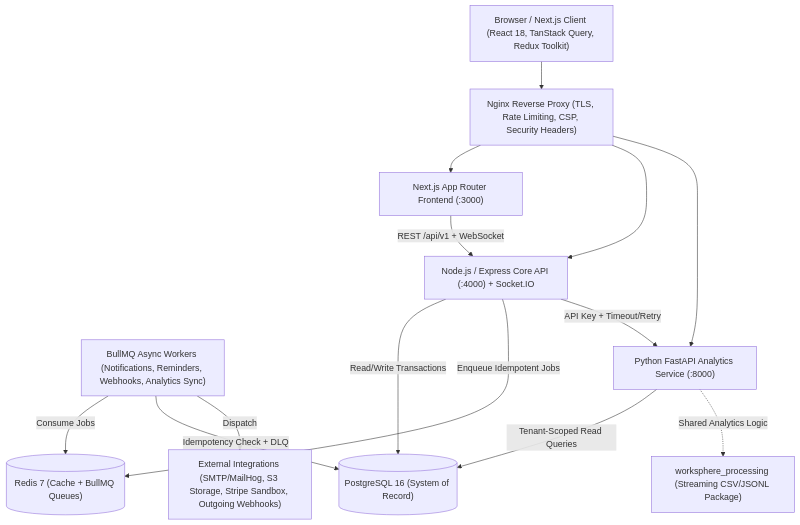
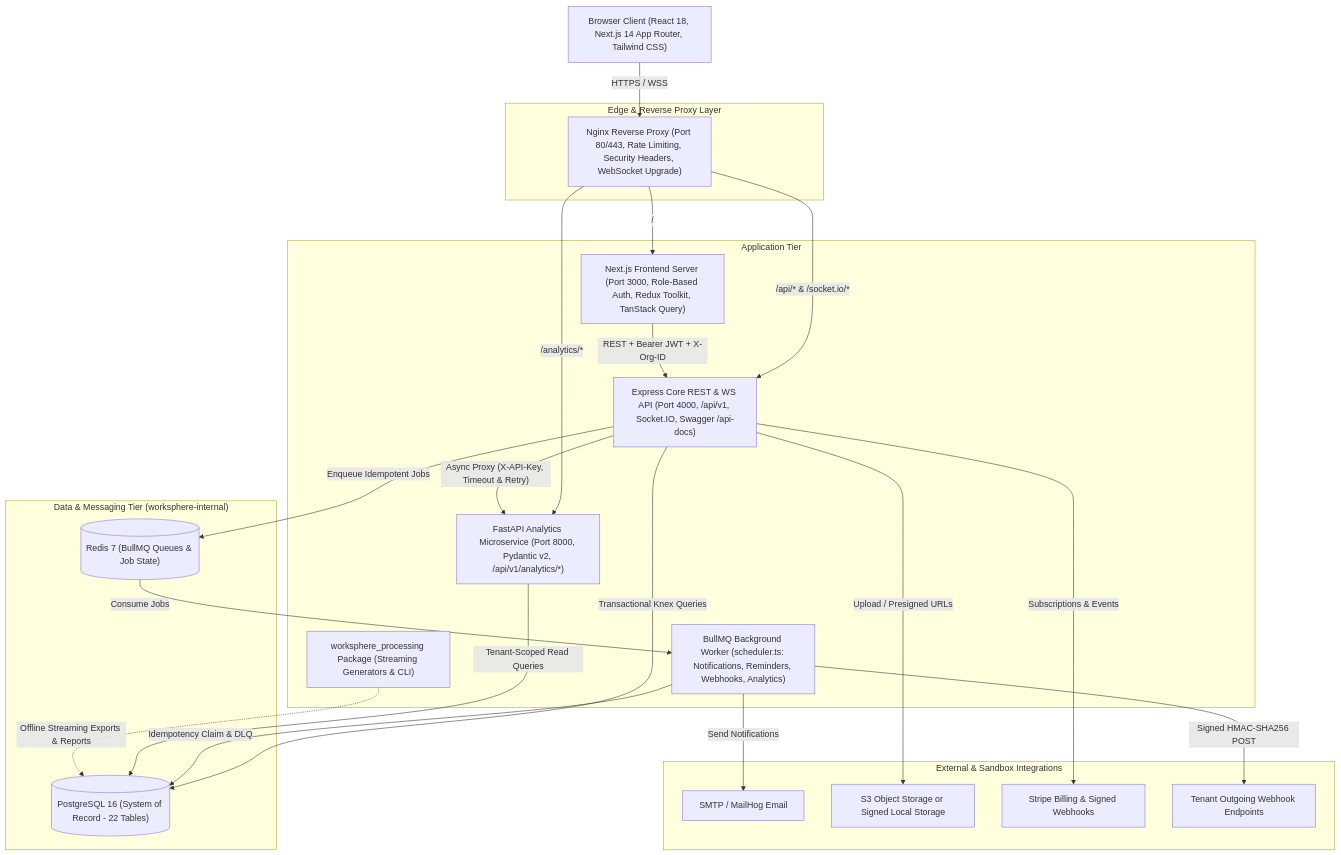
One commit to pavan2002-veeraveni/Worksphere changed the first of 2 diagrams in docs/architecture/architecture.md. Above: the diagram before and after it, drawn with Mermaid. The commit also changed other lines of this file and 45 other files, not shown here.

Commit message:
feat(platform): add role-based login, bug fixes, tests, and architecture docs

````diff
--- a/docs/architecture/architecture.md
+++ b/docs/architecture/architecture.md
@@ -5,27 +15,48 @@
 ```mermaid
 flowchart TB
-    Client["Browser / Next.js Client (React 18, TanStack Query, Redux Toolkit)"]
-    Proxy["Nginx Reverse Proxy (TLS, Rate Limiting, CSP, Security Headers)"]
-    NextSSR["Next.js App Router Frontend (:3000)"]
-    ExpressAPI["Node.js / Express Core API (:4000) + Socket.IO"]
-    Worker["BullMQ Async Workers (Notifications, Reminders, Webhooks, Analytics Sync)"]
-    FastAPI["Python FastAPI Analytics Service (:8000)"]
-    StreamingPkg["worksphere_processing (Streaming CSV/JSONL Package)"]
-    Postgres[("PostgreSQL 16 (System of Record)")]
-    Redis[("Redis 7 (Cache + BullMQ Queues)")]
-    Ext["External Integrations (SMTP/MailHog, S3 Storage, Stripe Sandbox, Outgoing Webhooks)"]
+    Browser["Browser Client (React 18, Next.js 14 App Router, Tailwind CSS)"]
 
-    Client --> Proxy
-    Proxy --> NextSSR
-    Proxy --> ExpressAPI
-    Proxy --> FastAPI
-    NextSSR -->|"REST /api/v1 + WebSocket"| ExpressAPI
-    ExpressAPI -->|"Read/Write Transactions"| Postgres
+    subgraph Edge["Edge & Reverse Proxy Layer"]
+        Nginx["Nginx Reverse Proxy (Port 80/443, Rate Limiting, Security Headers, WebSocket Upgrade)"]
+    end
+
+    subgraph AppTier["Application Tier"]
+        NextUI["Next.js Frontend Server (Port 3000, Role-Based Auth, Redux Toolkit, TanStack Query)"]
+        ExpressAPI["Express Core REST & WS API (Port 4000, /api/v1, Socket.IO, Swagger /api-docs)"]
+        Worker["BullMQ Background Worker (scheduler.ts: Notifications, Reminders, Webhooks, Analytics)"]
+        FastAPI["FastAPI Analytics Microservice (Port 8000, Pydantic v2, /api/v1/analytics/*)"]
+        PyPkg["worksphere_processing Package (Streaming Generators & CLI)"]
+    end
+
+    subgraph DataTier["Data & Messaging Tier (worksphere-internal)"]
+        Postgres[("PostgreSQL 16 (System of Record - 22 Tables)")]
+        Redis[("Redis 7 (BullMQ Queues & Job State)")]
+    end
+
+    subgraph External["External & Sandbox Integrations"]
+        SMTP["SMTP / MailHog Email"]
+        Storage["S3 Object Storage or Signed Local Storage"]
+        Stripe["Stripe Billing & Signed Webhooks"]
+        Webhooks["Tenant Outgoing Webhook Endpoints"]
+    end
+
+    Browser -->|"HTTPS / WSS"| Nginx
+    Nginx -->|"/"| NextUI
+    Nginx -->|"/api/* & /socket.io/*"| ExpressAPI
+    Nginx -->|"/analytics/*"| FastAPI
+
+    NextUI -->|"REST + Bearer JWT + X-Org-ID"| ExpressAPI
+    ExpressAPI -->|"Transactional Knex Queries"| Postgres
     ExpressAPI -->|"Enqueue Idempotent Jobs"| Redis
-    ExpressAPI -->|"API Key + Timeout/Retry"| FastAPI
-    Worker -->|"Consume Jobs"| Redis
-    Worker -->|"Idempotency Check + DLQ"| Postgres
-    Worker -->|"Dispatch"| Ext
+    ExpressAPI -->|"Async Proxy (X-API-Key, Timeout & Retry)"| FastAPI
+    ExpressAPI -->|"Upload / Presigned URLs"| Storage
+    ExpressAPI -->|"Subscriptions & Events"| Stripe
+
+    Redis -->|"Consume Jobs"| Worker
+    Worker -->|"Idempotency Claim & DLQ"| Postgres
+    Worker -->|"Send Notifications"| SMTP
+    Worker -->|"Signed HMAC-SHA256 POST"| Webhooks
+
     FastAPI -->|"Tenant-Scoped Read Queries"| Postgres
-    FastAPI -.->|"Shared Analytics Logic"| StreamingPkg
+    PyPkg -.->|"Offline Streaming Exports & Reports"| Postgres
 ```
````
